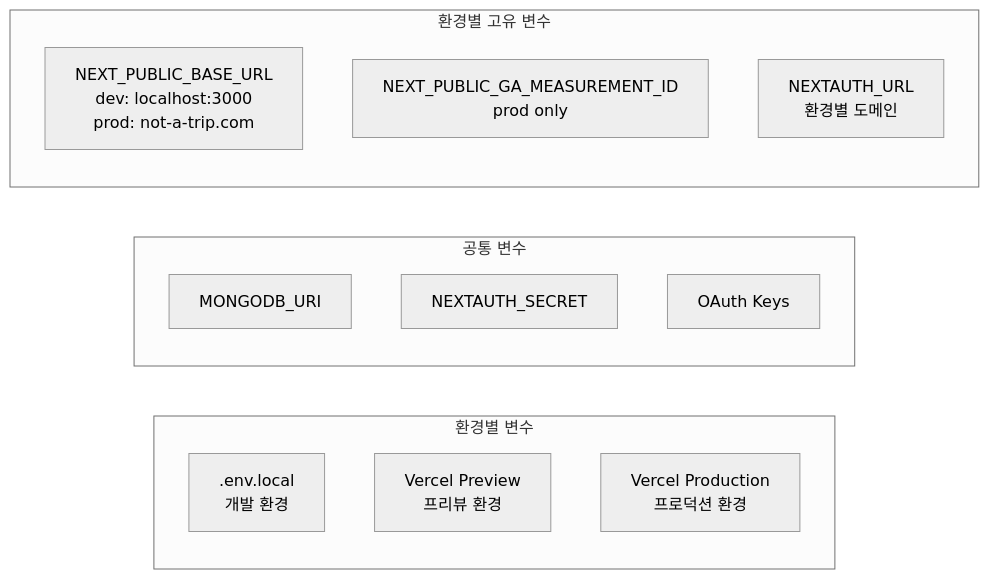
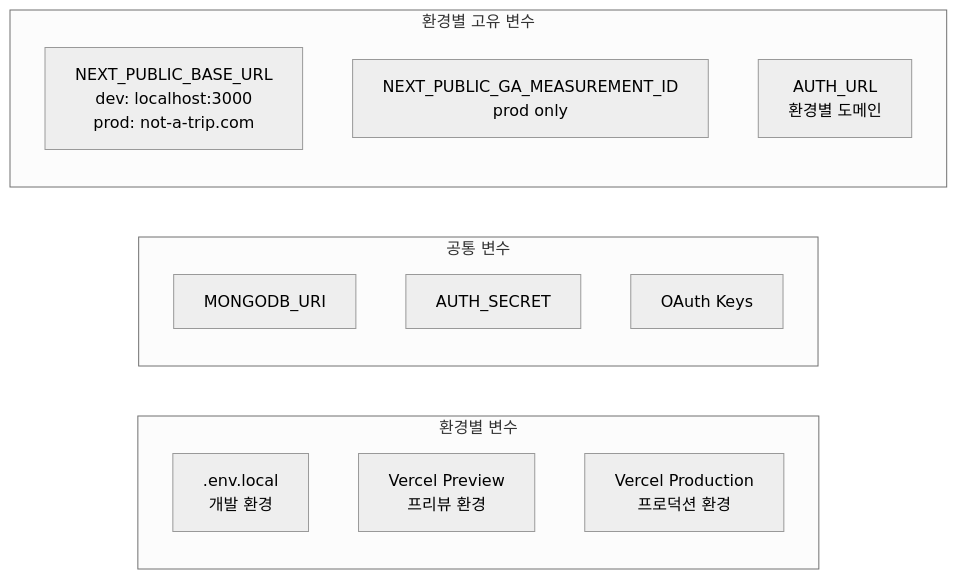
Before and after one commit to ppebble/not-a-trip: the second of 2 diagrams in .kiro/specs/16-seo-deployment/design.md, drawn with Mermaid (neutral theme). The commit also changed other lines of this file and 13 other files, not shown here.

````diff
--- a/.kiro/specs/16-seo-deployment/design.md
+++ b/.kiro/specs/16-seo-deployment/design.md
@@ -90,20 +90,20 @@
 ```mermaid
 graph LR
     subgraph "환경별 변수"
         DEV[".env.local<br/>개발 환경"]
         PREV["Vercel Preview<br/>프리뷰 환경"]
         PROD["Vercel Production<br/>프로덕션 환경"]
     end
 
     subgraph "공통 변수"
         MDB[MONGODB_URI]
-        AUTH[NEXTAUTH_SECRET]
+        AUTH[AUTH_SECRET]
         OAUTH[OAuth Keys]
     end
 
     subgraph "환경별 고유 변수"
         URL["NEXT_PUBLIC_BASE_URL<br/>dev: localhost:3000<br/>prod: not-a-trip.com"]
         GAKEY["NEXT_PUBLIC_GA_MEASUREMENT_ID<br/>prod only"]
-        NAURL["NEXTAUTH_URL<br/>환경별 도메인"]
+        NAURL["AUTH_URL<br/>환경별 도메인"]
     end
 ```
````
